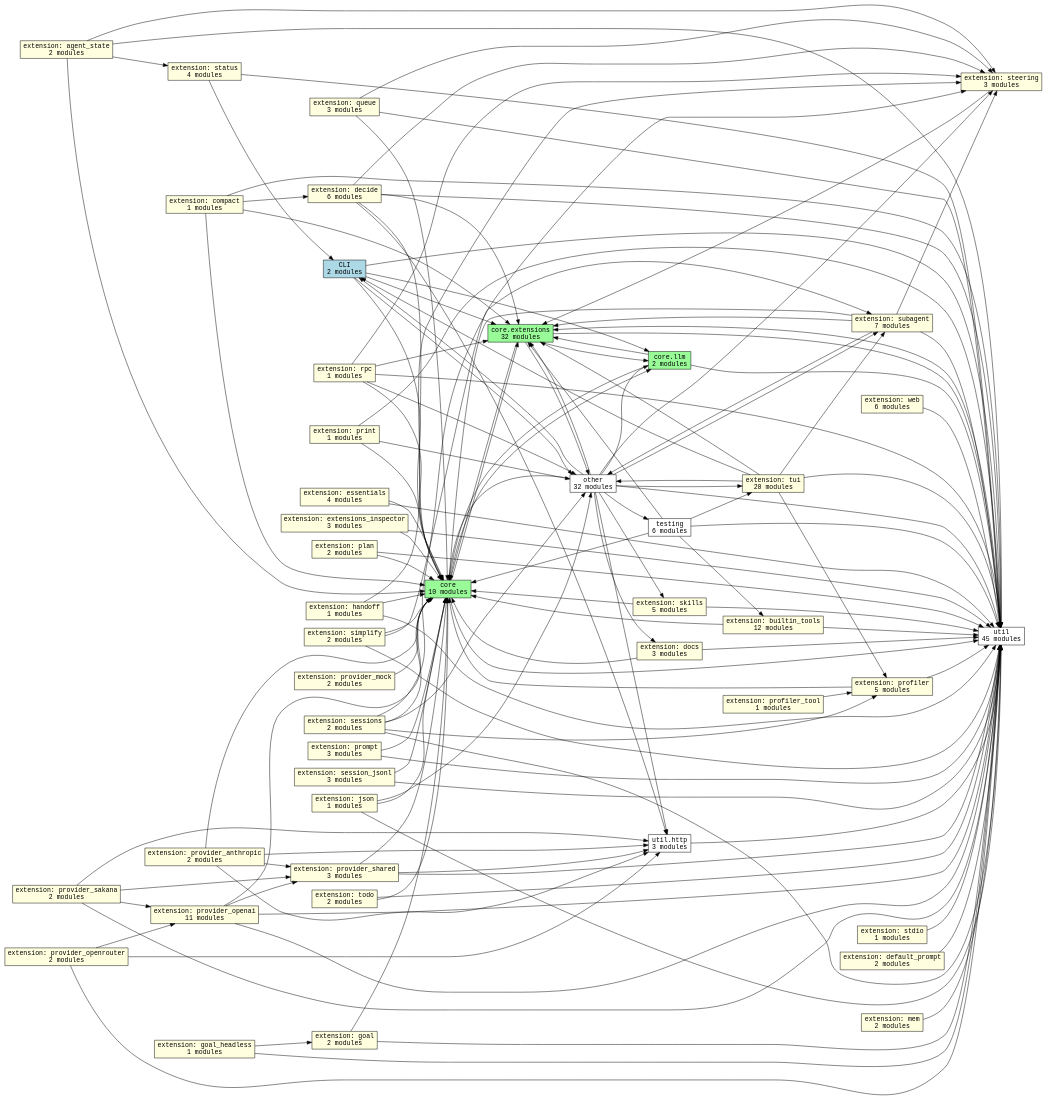
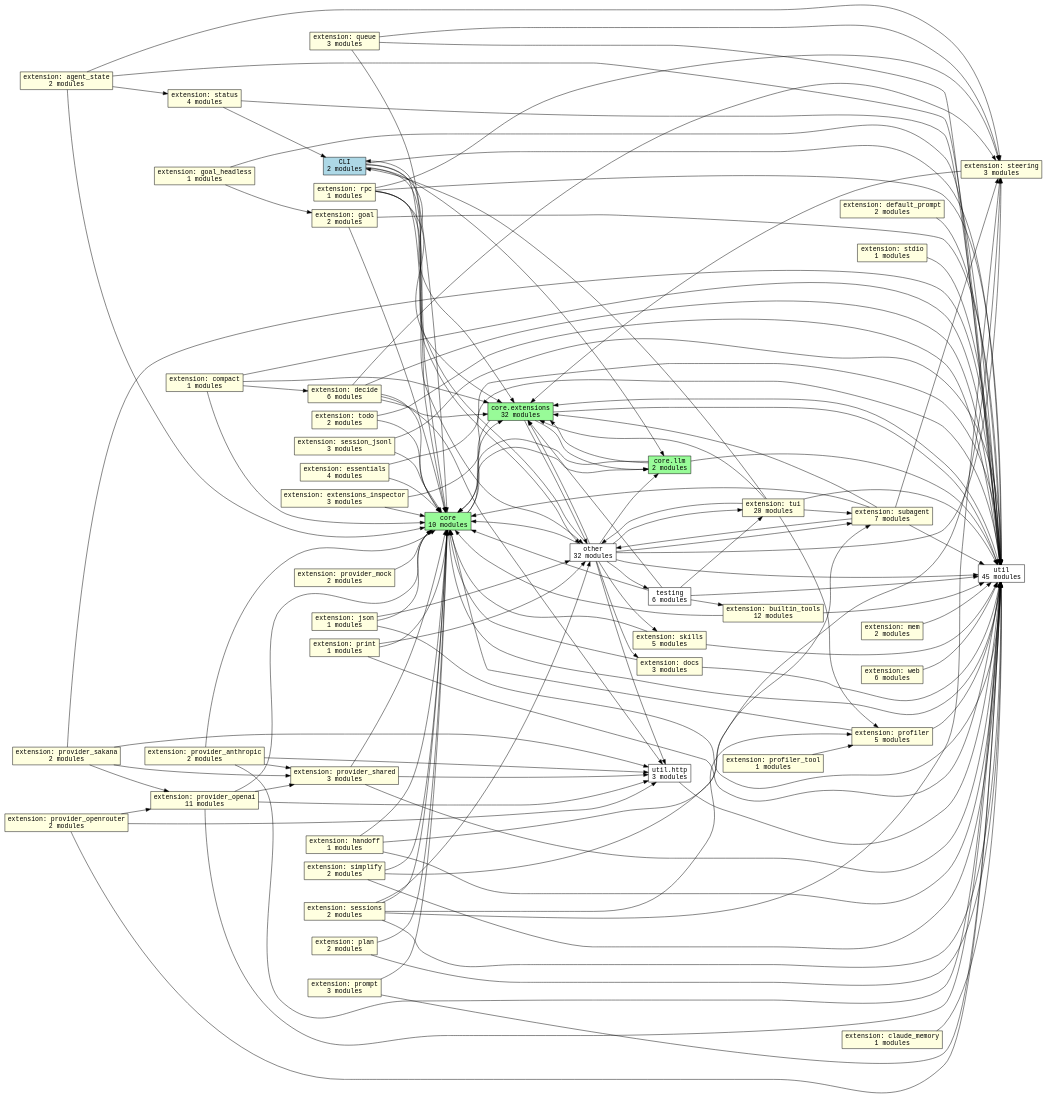
The diagram in docs/graphs/subsystems.dot (acmiyaguchi/fen), drawn with Graphviz before and after one commit. The commit also changed 9 other files, not shown here.

First line of the commit message:
feat(extensions): add read-only Claude Code memory interoperability extension

```diff
--- a/docs/graphs/subsystems.dot
+++ b/docs/graphs/subsystems.dot
@@ -1,184 +1,186 @@
 digraph fen_subsystems {
   graph [rankdir=LR];
   node [shape=box, fontname="monospace"];
   edge [fontname="monospace"];
   "cli" [fillcolor="lightblue", label="CLI\n2 modules", style="filled"];
   "core" [fillcolor="palegreen", label="core\n10 modules", style="filled"];
   "core.extensions" [fillcolor="palegreen", label="core.extensions\n32 modules", style="filled"];
   "core.llm" [fillcolor="palegreen", label="core.llm\n2 modules", style="filled"];
   "extension.agent_state" [fillcolor="lightyellow", label="extension: agent_state\n2 modules", style="filled"];
   "extension.builtin_tools" [fillcolor="lightyellow", label="extension: builtin_tools\n12 modules", style="filled"];
+  "extension.claude_memory" [fillcolor="lightyellow", label="extension: claude_memory\n1 modules", style="filled"];
   "extension.compact" [fillcolor="lightyellow", label="extension: compact\n1 modules", style="filled"];
   "extension.decide" [fillcolor="lightyellow", label="extension: decide\n6 modules", style="filled"];
   "extension.default_prompt" [fillcolor="lightyellow", label="extension: default_prompt\n2 modules", style="filled"];
   "extension.docs" [fillcolor="lightyellow", label="extension: docs\n3 modules", style="filled"];
   "extension.essentials" [fillcolor="lightyellow", label="extension: essentials\n4 modules", style="filled"];
   "extension.extensions_inspector" [fillcolor="lightyellow", label="extension: extensions_inspector\n3 modules", style="filled"];
   "extension.goal" [fillcolor="lightyellow", label="extension: goal\n2 modules", style="filled"];
   "extension.goal_headless" [fillcolor="lightyellow", label="extension: goal_headless\n1 modules", style="filled"];
   "extension.handoff" [fillcolor="lightyellow", label="extension: handoff\n1 modules", style="filled"];
   "extension.json" [fillcolor="lightyellow", label="extension: json\n1 modules", style="filled"];
   "extension.mem" [fillcolor="lightyellow", label="extension: mem\n2 modules", style="filled"];
   "extension.plan" [fillcolor="lightyellow", label="extension: plan\n2 modules", style="filled"];
   "extension.print" [fillcolor="lightyellow", label="extension: print\n1 modules", style="filled"];
   "extension.profiler" [fillcolor="lightyellow", label="extension: profiler\n5 modules", style="filled"];
   "extension.profiler_tool" [fillcolor="lightyellow", label="extension: profiler_tool\n1 modules", style="filled"];
   "extension.prompt" [fillcolor="lightyellow", label="extension: prompt\n3 modules", style="filled"];
   "extension.provider_anthropic" [fillcolor="lightyellow", label="extension: provider_anthropic\n2 modules", style="filled"];
   "extension.provider_mock" [fillcolor="lightyellow", label="extension: provider_mock\n2 modules", style="filled"];
   "extension.provider_openai" [fillcolor="lightyellow", label="extension: provider_openai\n11 modules", style="filled"];
   "extension.provider_openrouter" [fillcolor="lightyellow", label="extension: provider_openrouter\n2 modules", style="filled"];
   "extension.provider_sakana" [fillcolor="lightyellow", label="extension: provider_sakana\n2 modules", style="filled"];
   "extension.provider_shared" [fillcolor="lightyellow", label="extension: provider_shared\n3 modules", style="filled"];
   "extension.queue" [fillcolor="lightyellow", label="extension: queue\n3 modules", style="filled"];
   "extension.rpc" [fillcolor="lightyellow", label="extension: rpc\n1 modules", style="filled"];
   "extension.session_jsonl" [fillcolor="lightyellow", label="extension: session_jsonl\n3 modules", style="filled"];
   "extension.sessions" [fillcolor="lightyellow", label="extension: sessions\n2 modules", style="filled"];
   "extension.simplify" [fillcolor="lightyellow", label="extension: simplify\n2 modules", style="filled"];
   "extension.skills" [fillcolor="lightyellow", label="extension: skills\n5 modules", style="filled"];
   "extension.status" [fillcolor="lightyellow", label="extension: status\n4 modules", style="filled"];
   "extension.stdio" [fillcolor="lightyellow", label="extension: stdio\n1 modules", style="filled"];
   "extension.steering" [fillcolor="lightyellow", label="extension: steering\n3 modules", style="filled"];
   "extension.subagent" [fillcolor="lightyellow", label="extension: subagent\n7 modules", style="filled"];
   "extension.todo" [fillcolor="lightyellow", label="extension: todo\n2 modules", style="filled"];
   "extension.tui" [fillcolor="lightyellow", label="extension: tui\n20 modules", style="filled"];
   "extension.web" [fillcolor="lightyellow", label="extension: web\n6 modules", style="filled"];
   "other" [fillcolor="white", label="other\n32 modules", style="filled"];
   "testing" [fillcolor="white", label="testing\n6 modules", style="filled"];
   "util" [fillcolor="white", label="util\n45 modules", style="filled"];
   "util.http" [fillcolor="white", label="util.http\n3 modules", style="filled"];
   "cli" -> "core";
   "cli" -> "core.extensions";
   "cli" -> "core.llm";
   "cli" -> "other";
   "cli" -> "util";
   "core" -> "core.extensions";
   "core" -> "core.llm";
   "core" -> "util";
   "core.extensions" -> "core";
   "core.extensions" -> "core.llm";
   "core.extensions" -> "other";
   "core.extensions" -> "util";
   "core.llm" -> "core";
   "core.llm" -> "core.extensions";
   "core.llm" -> "util";
   "extension.agent_state" -> "core";
   "extension.agent_state" -> "extension.status";
   "extension.agent_state" -> "extension.steering";
   "extension.agent_state" -> "util";
   "extension.builtin_tools" -> "core";
   "extension.builtin_tools" -> "util";
+  "extension.claude_memory" -> "util";
   "extension.compact" -> "core";
   "extension.compact" -> "core.extensions";
   "extension.compact" -> "extension.decide";
   "extension.compact" -> "util";
   "extension.decide" -> "core";
   "extension.decide" -> "core.extensions";
   "extension.decide" -> "extension.steering";
   "extension.decide" -> "util";
   "extension.decide" -> "util.http";
   "extension.default_prompt" -> "util";
   "extension.docs" -> "core";
   "extension.docs" -> "util";
   "extension.essentials" -> "core";
   "extension.essentials" -> "util";
   "extension.extensions_inspector" -> "core";
   "extension.extensions_inspector" -> "util";
   "extension.goal" -> "core";
   "extension.goal" -> "util";
   "extension.goal_headless" -> "extension.goal";
   "extension.goal_headless" -> "util";
   "extension.handoff" -> "core";
   "extension.handoff" -> "extension.steering";
   "extension.handoff" -> "util";
   "extension.json" -> "core";
   "extension.json" -> "other";
   "extension.json" -> "util";
   "extension.mem" -> "util";
   "extension.plan" -> "core";
   "extension.plan" -> "util";
   "extension.print" -> "core";
   "extension.print" -> "other";
   "extension.print" -> "util";
   "extension.profiler" -> "core";
   "extension.profiler" -> "util";
   "extension.profiler_tool" -> "extension.profiler";
   "extension.prompt" -> "core";
   "extension.prompt" -> "util";
   "extension.provider_anthropic" -> "core";
   "extension.provider_anthropic" -> "extension.provider_shared";
   "extension.provider_anthropic" -> "util";
   "extension.provider_anthropic" -> "util.http";
   "extension.provider_mock" -> "core";
   "extension.provider_openai" -> "core";
   "extension.provider_openai" -> "extension.provider_shared";
   "extension.provider_openai" -> "util";
   "extension.provider_openai" -> "util.http";
   "extension.provider_openrouter" -> "extension.provider_openai";
   "extension.provider_openrouter" -> "util";
   "extension.provider_openrouter" -> "util.http";
   "extension.provider_sakana" -> "extension.provider_openai";
   "extension.provider_sakana" -> "extension.provider_shared";
   "extension.provider_sakana" -> "util";
   "extension.provider_sakana" -> "util.http";
   "extension.provider_shared" -> "core";
   "extension.provider_shared" -> "util";
   "extension.provider_shared" -> "util.http";
   "extension.queue" -> "core";
   "extension.queue" -> "extension.steering";
   "extension.queue" -> "util";
   "extension.rpc" -> "core";
   "extension.rpc" -> "core.extensions";
   "extension.rpc" -> "extension.steering";
   "extension.rpc" -> "other";
   "extension.rpc" -> "util";
   "extension.session_jsonl" -> "core";
   "extension.session_jsonl" -> "util";
   "extension.sessions" -> "core";
   "extension.sessions" -> "extension.profiler";
   "extension.sessions" -> "extension.steering";
   "extension.sessions" -> "other";
   "extension.sessions" -> "util";
   "extension.simplify" -> "core";
   "extension.simplify" -> "extension.subagent";
   "extension.simplify" -> "util";
   "extension.skills" -> "core";
   "extension.skills" -> "util";
   "extension.status" -> "cli";
   "extension.status" -> "util";
   "extension.stdio" -> "util";
   "extension.steering" -> "core.extensions";
   "extension.subagent" -> "core";
   "extension.subagent" -> "core.extensions";
   "extension.subagent" -> "extension.steering";
   "extension.subagent" -> "other";
   "extension.subagent" -> "util";
   "extension.todo" -> "core";
   "extension.todo" -> "util";
   "extension.tui" -> "cli";
   "extension.tui" -> "core.extensions";
   "extension.tui" -> "extension.profiler";
   "extension.tui" -> "extension.subagent";
   "extension.tui" -> "other";
   "extension.tui" -> "util";
   "extension.web" -> "util";
   "other" -> "cli";
   "other" -> "core";
   "other" -> "core.extensions";
   "other" -> "core.llm";
   "other" -> "extension.docs";
   "other" -> "extension.skills";
   "other" -> "extension.steering";
   "other" -> "extension.subagent";
   "other" -> "extension.tui";
   "other" -> "testing";
   "other" -> "util";
   "other" -> "util.http";
   "testing" -> "core";
   "testing" -> "core.extensions";
   "testing" -> "extension.builtin_tools";
   "testing" -> "extension.tui";
   "testing" -> "util";
   "util" -> "core.extensions";
   "util.http" -> "util";
 }
```
